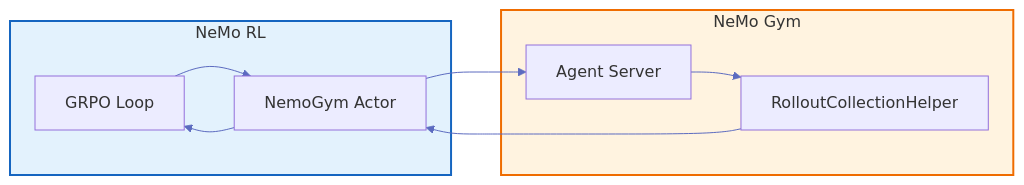
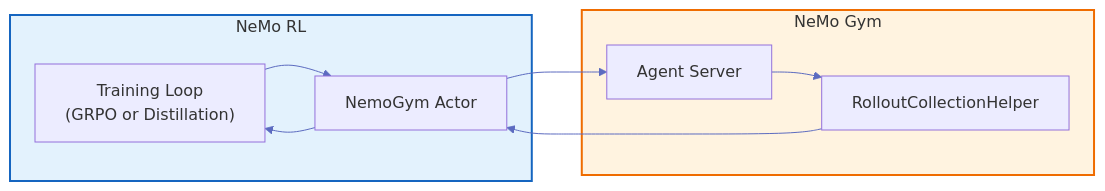
The second of 5 diagrams in docs/design-docs/nemo-gym-integration.md (NVIDIA-NeMo/RL), drawn with Mermaid before and after one commit. The commit also changed other lines of this file and 2 other files, not shown here.

First line of the commit message:
Document NeMo Gym distillation usage

````diff
--- a/docs/design-docs/nemo-gym-integration.md
+++ b/docs/design-docs/nemo-gym-integration.md
@@ -82,22 +86,22 @@
 ```mermaid
 %%{init: {'theme': 'default', 'themeVariables': { 'lineColor': '#5c6bc0', 'primaryTextColor': '#333'}}}%%
 flowchart LR
     subgraph RL["NeMo RL"]
-        GRPO["GRPO Loop"]
+        Loop["Training Loop<br/>(GRPO or Distillation)"]
         Actor["NemoGym Actor"]
     end
     
     subgraph Gym["NeMo Gym"]
         RCH["RolloutCollectionHelper"]
         Agent["Agent Server"]
     end
     
-    GRPO --> Actor
+    Loop --> Actor
     Actor --> Agent
     Agent --> RCH
     RCH --> Actor
-    Actor --> GRPO
+    Actor --> Loop
 
     style RL fill:#e3f2fd,stroke:#1565c0,stroke-width:2px
     style Gym fill:#fff3e0,stroke:#ef6c00,stroke-width:2px
 ```
````
